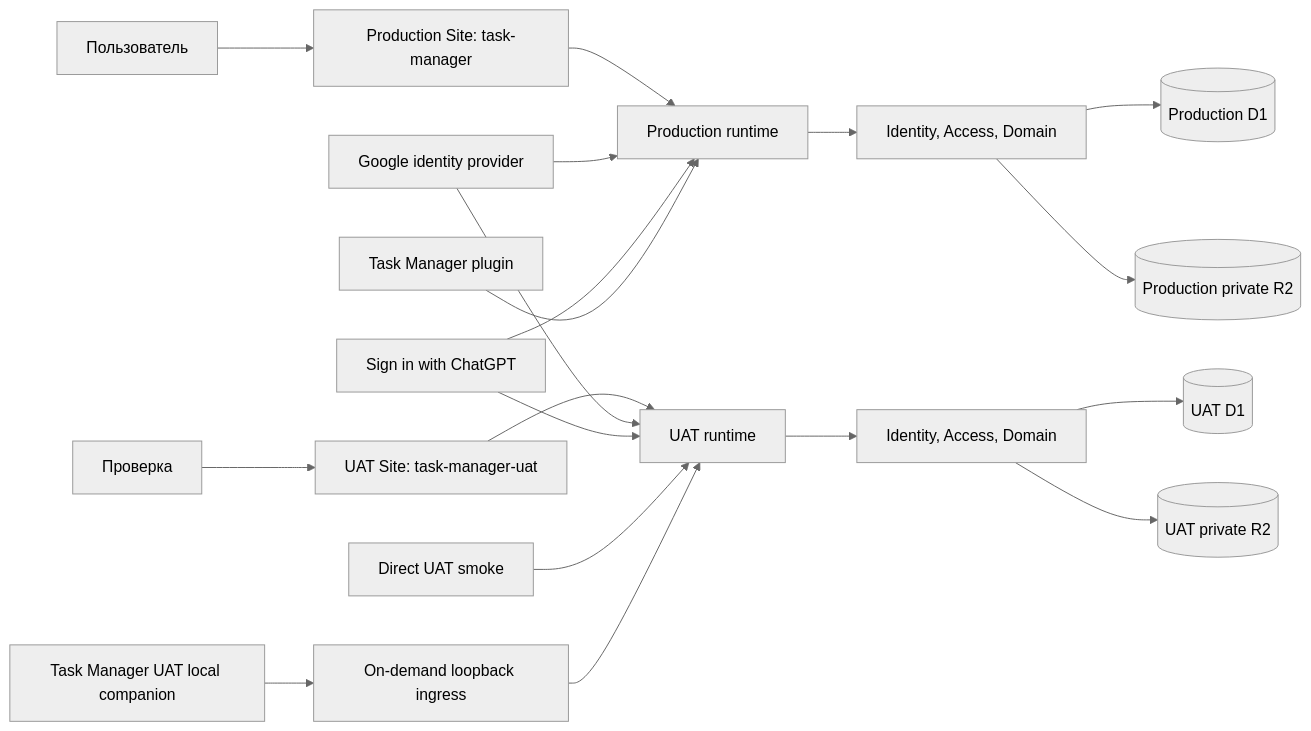
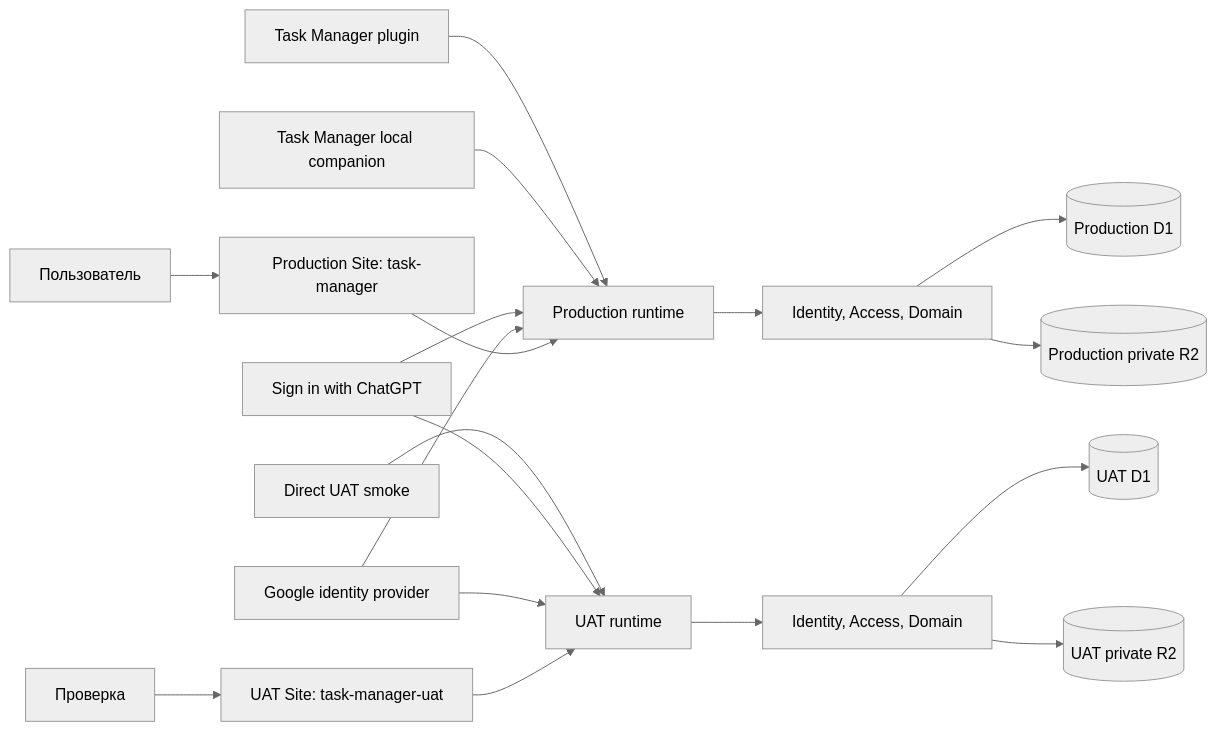
One commit to xxsrez/TaskManager changed the diagram in docs/architecture.md. Above: the diagram before and after it, drawn with Mermaid (neutral theme). The commit also changed other lines of this file and 7 other files, not shown here.

````diff
--- a/docs/architecture.md
+++ b/docs/architecture.md
@@ -31,21 +31,20 @@
 ```mermaid
 flowchart LR
     U[Пользователь] --> PROD[Production Site: task-manager]
     QA[Проверка] --> UAT[UAT Site: task-manager-uat]
     PLUGIN[Task Manager plugin] --> PRT[Production runtime]
-    LOCAL[Task Manager UAT local companion] --> INGRESS[On-demand loopback ingress]
-    INGRESS --> URT
+    LOCAL[Task Manager local companion] --> PRT
     API[Direct UAT smoke] --> URT[UAT runtime]
     CG[Sign in with ChatGPT] --> PRT
     CG --> URT
     G[Google identity provider] --> PRT
     G --> URT
     PROD --> PRT
     UAT --> URT
     PRT --> PIA[Identity, Access, Domain]
     URT --> UIA[Identity, Access, Domain]
     PIA --> PDB[(Production D1)]
     UIA --> UDB[(UAT D1)]
     PIA --> PR2[(Production private R2)]
     UIA --> UR2[(UAT private R2)]
 ```
````
